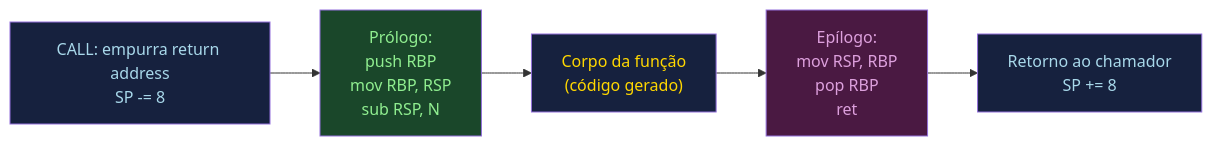
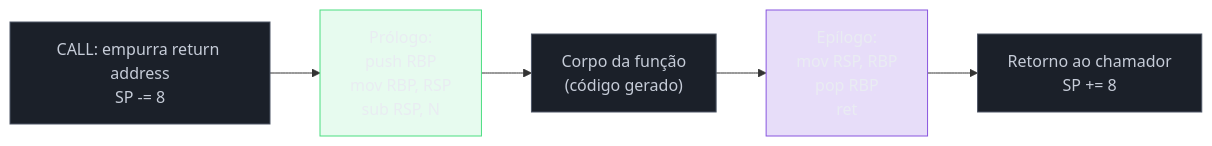
The third of 5 diagrams in 03-Dominios/Ciência/Compiladores e Linguagens/15 - Runtime, stack frames e gestão de memória.md (josenaldo/codex-technomanticus), drawn with Mermaid before and after one commit. The commit also changed other lines of this file and 1181 other files, not shown here.

First line of the commit message:
fix(diagramas): paleta do sistema no lugar de cor cravada no markdown

````diff
--- a/03-Dominios/Ciência/Compiladores e Linguagens/15 - Runtime, stack frames e gestão de memória.md
+++ b/03-Dominios/Ciência/Compiladores e Linguagens/15 - Runtime, stack frames e gestão de memória.md
@@ -131,13 +134,16 @@
 ```mermaid
 flowchart LR
+    classDef neutro fill:#1B2029,stroke:#4E5666,color:#C6CCD8
+    classDef ok fill:#4ADE8021,stroke:#4ADE80,color:#E9ECF2
+    classDef marca fill:#8855DF33,stroke:#8855DF,color:#E9ECF2
     A["CALL: empurra return address\nSP -= 8"] --> B["Prólogo:\npush RBP\nmov RBP, RSP\nsub RSP, N"]
     B --> C["Corpo da função\n(código gerado)"]
     C --> D["Epílogo:\nmov RSP, RBP\npop RBP\nret"]
     D --> E["Retorno ao chamador\nSP += 8"]
 
-    style A fill:#16213e,color:#a8d8ea
-    style B fill:#1a472a,color:#90ee90
-    style C fill:#16213e,color:#ffd700
-    style D fill:#4a1942,color:#dda0dd
-    style E fill:#16213e,color:#a8d8ea
+    class A neutro
+    class B ok
+    class C neutro
+    class D marca
+    class E neutro
 ```
````
